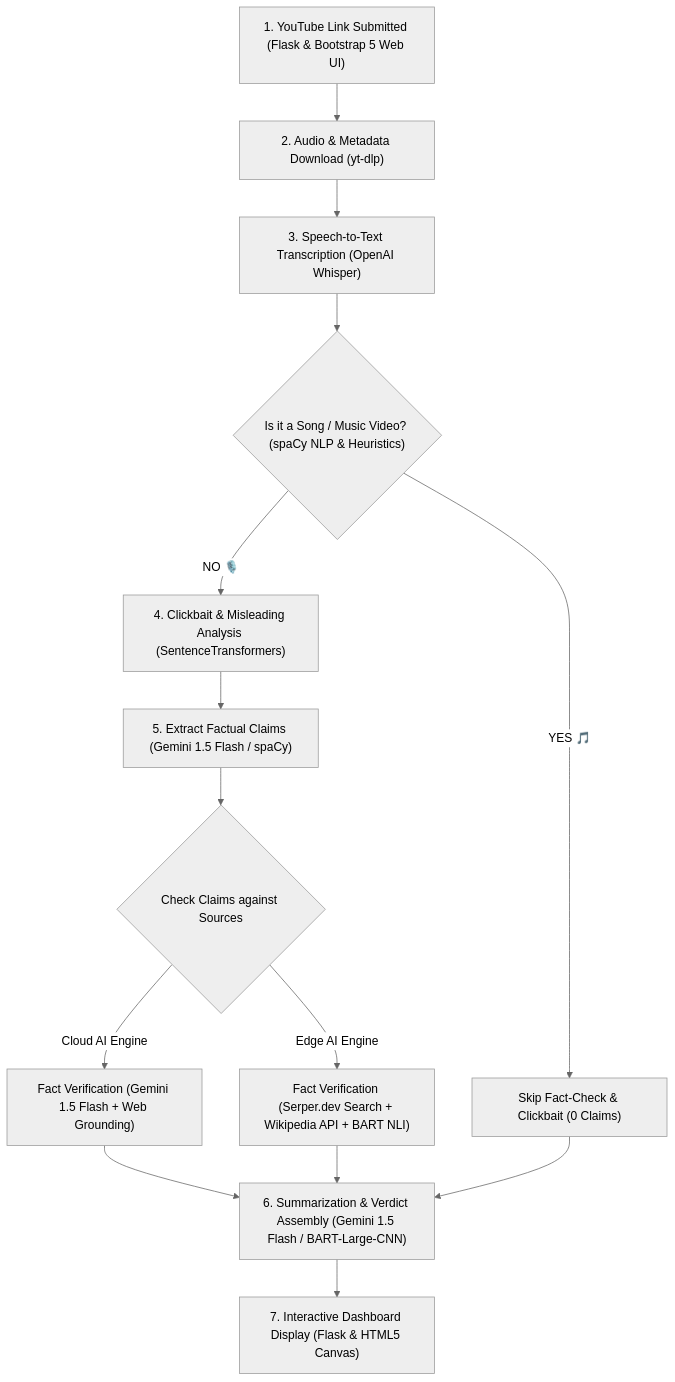
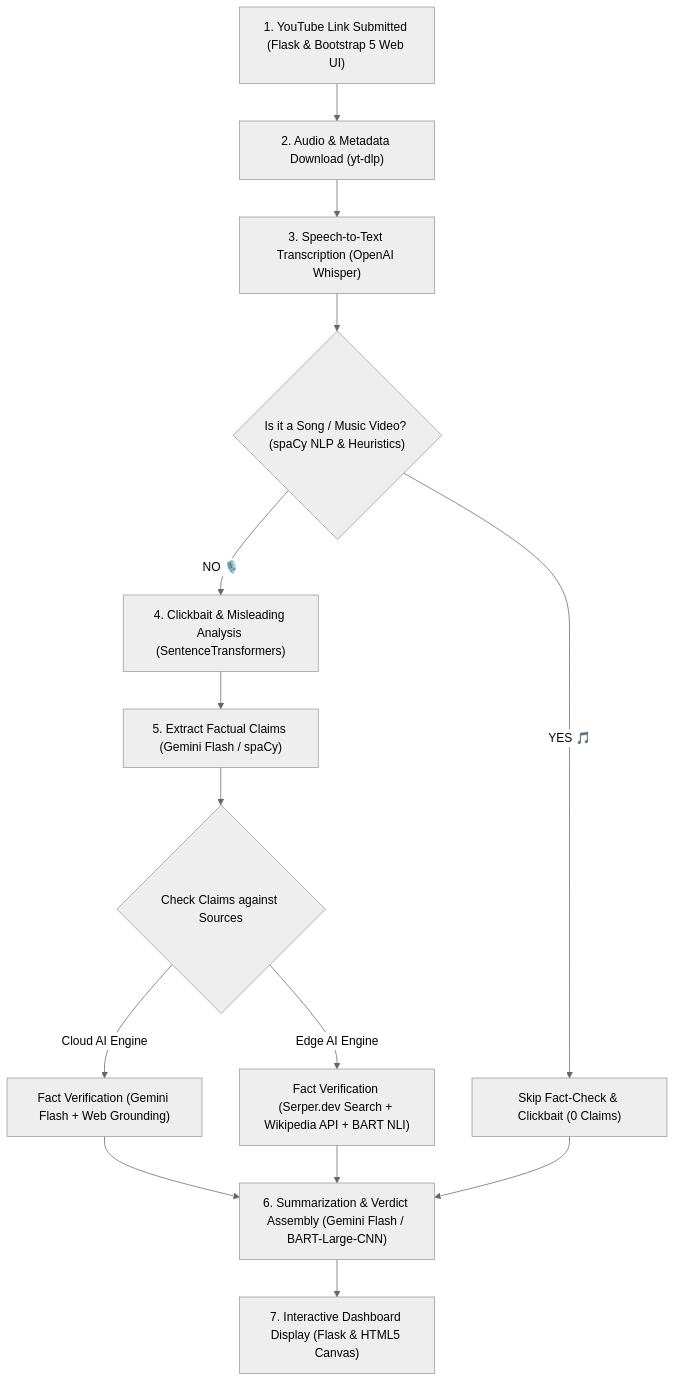
Before and after one commit to notwarrior04/veritube_youtube_checker: the diagram in README.md, drawn with Mermaid (neutral theme). The commit also changed other lines of this file and 2 other files, not shown here.

Commit message:
feat: Implement self-healing Gemini model resolution to auto-select working endpoints

````diff
--- a/README.md
+++ b/README.md
@@ -21,21 +21,21 @@
 ```mermaid
 flowchart TD
     A["1. YouTube Link Submitted (Flask & Bootstrap 5 Web UI)"] --> B["2. Audio & Metadata Download (yt-dlp)"]
     B --> C["3. Speech-to-Text Transcription (OpenAI Whisper)"]
     C --> D{"Is it a Song / Music Video? (spaCy NLP & Heuristics)"}
     
     D -- "YES 🎵" --> E["Skip Fact-Check & Clickbait (0 Claims)"]
     D -- "NO 🎙️" --> F["4. Clickbait & Misleading Analysis (SentenceTransformers)"]
     
-    F --> G["5. Extract Factual Claims (Gemini 1.5 Flash / spaCy)"]
+    F --> G["5. Extract Factual Claims (Gemini Flash / spaCy)"]
     G --> H{"Check Claims against Sources"}
     
-    H -- "Cloud AI Engine" --> I["Fact Verification (Gemini 1.5 Flash + Web Grounding)"]
+    H -- "Cloud AI Engine" --> I["Fact Verification (Gemini Flash + Web Grounding)"]
     H -- "Edge AI Engine" --> J["Fact Verification (Serper.dev Search + Wikipedia API + BART NLI)"]
     
-    I --> K["6. Summarization & Verdict Assembly (Gemini 1.5 Flash / BART-Large-CNN)"]
+    I --> K["6. Summarization & Verdict Assembly (Gemini Flash / BART-Large-CNN)"]
     J --> K
     E --> K
     
     K --> L["7. Interactive Dashboard Display (Flask & HTML5 Canvas)"]
 ```
````
